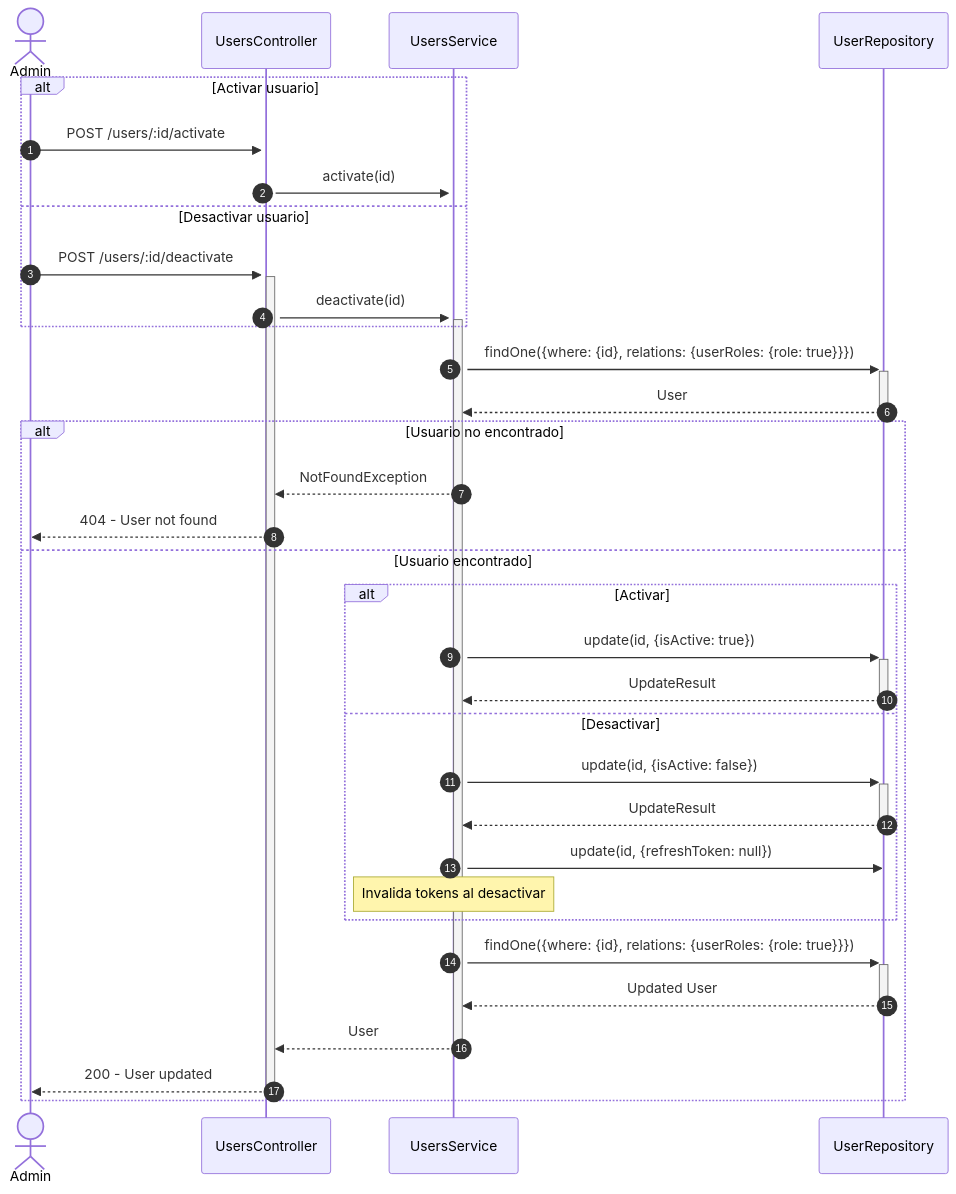
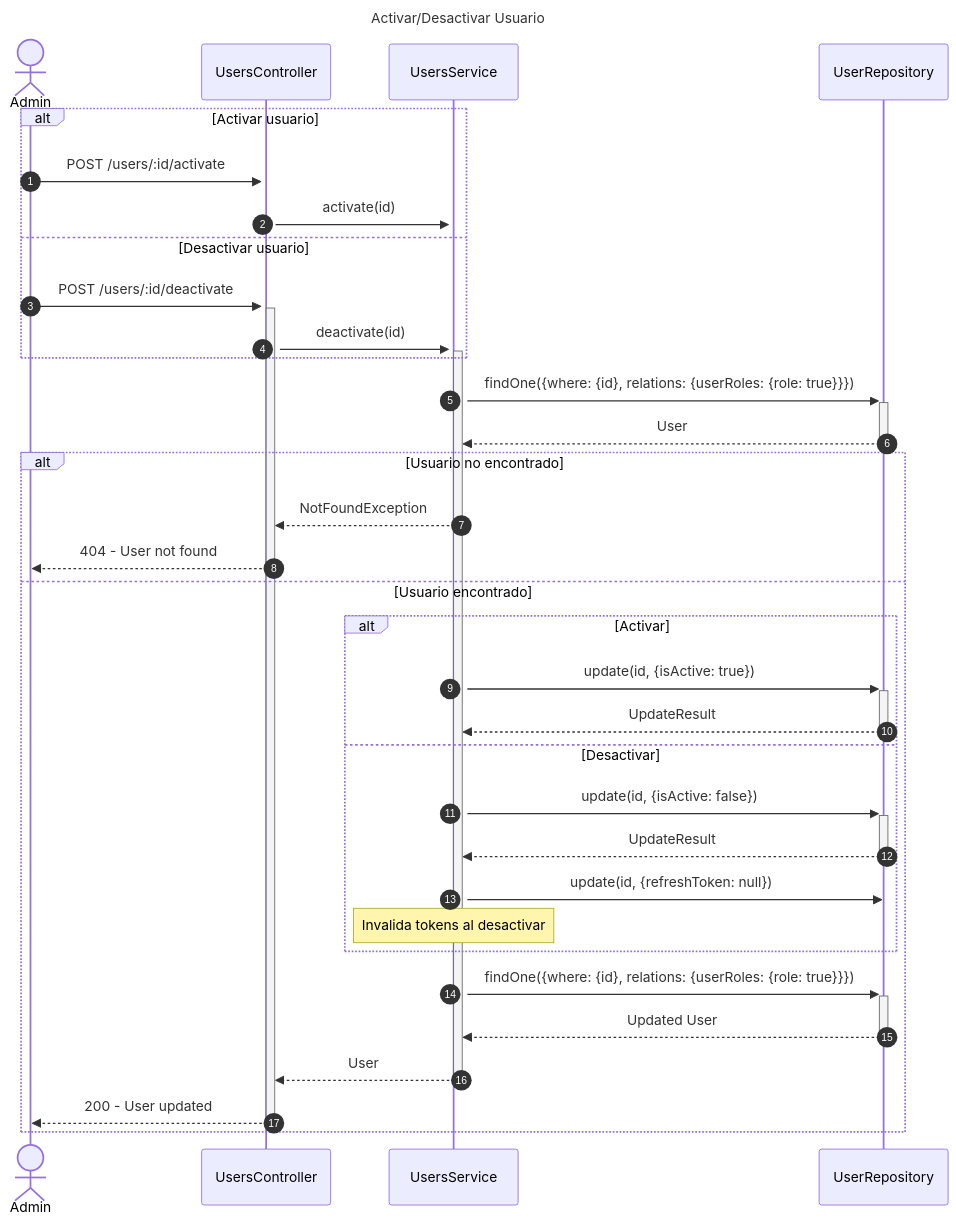
The fifth of 7 diagrams in diagrams/sequence/users-sequence-diagram.md (Nick220505/hotelier-backend), drawn with Mermaid before and after one commit. The commit also changed other lines of this file and 5 other files, not shown here.

Commit message:
Add titles to sequence diagrams for Billing, Employees, Inventory, Reservations, Restaurant, and Users modules

````diff
--- a/diagrams/sequence/users-sequence-diagram.md
+++ b/diagrams/sequence/users-sequence-diagram.md
@@ -183,40 +195,43 @@
 ```mermaid
+---
+title: Activar/Desactivar Usuario
+---
 sequenceDiagram
     autonumber
     actor Admin
     participant Controller as UsersController
     participant Service as UsersService
     participant UserRepo as UserRepository
 
     alt Activar usuario
         Admin->>+Controller: POST /users/:id/activate
         Controller->>+Service: activate(id)
     else Desactivar usuario
         Admin->>+Controller: POST /users/:id/deactivate
         Controller->>+Service: deactivate(id)
     end
     
     Service->>+UserRepo: findOne({where: {id}, relations: {userRoles: {role: true}}})
     UserRepo-->>-Service: User
     
     alt Usuario no encontrado
         Service-->>Controller: NotFoundException
         Controller-->>Admin: 404 - User not found
     else Usuario encontrado
         alt Activar
             Service->>+UserRepo: update(id, {isActive: true})
             UserRepo-->>-Service: UpdateResult
         else Desactivar
             Service->>+UserRepo: update(id, {isActive: false})
             UserRepo-->>-Service: UpdateResult
             Service->>UserRepo: update(id, {refreshToken: null})
             Note over Service: Invalida tokens al desactivar
         end
         
         Service->>+UserRepo: findOne({where: {id}, relations: {userRoles: {role: true}}})
         UserRepo-->>-Service: Updated User
         
         Service-->>-Controller: User
         Controller-->>-Admin: 200 - User updated
     end
 ```
````
